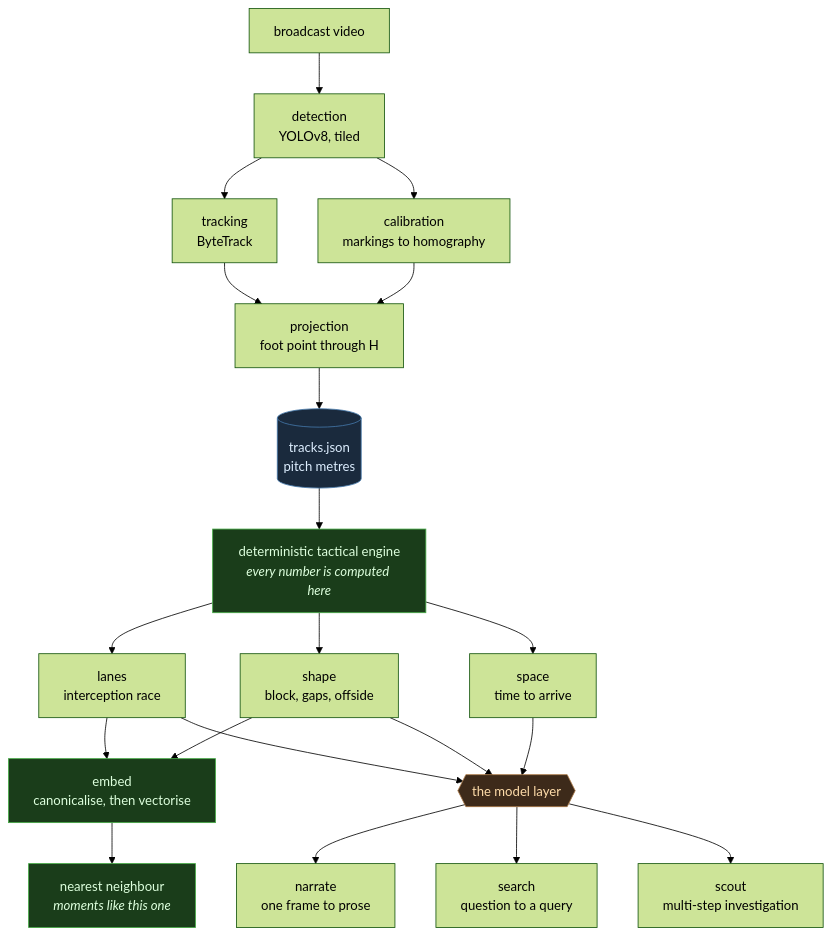
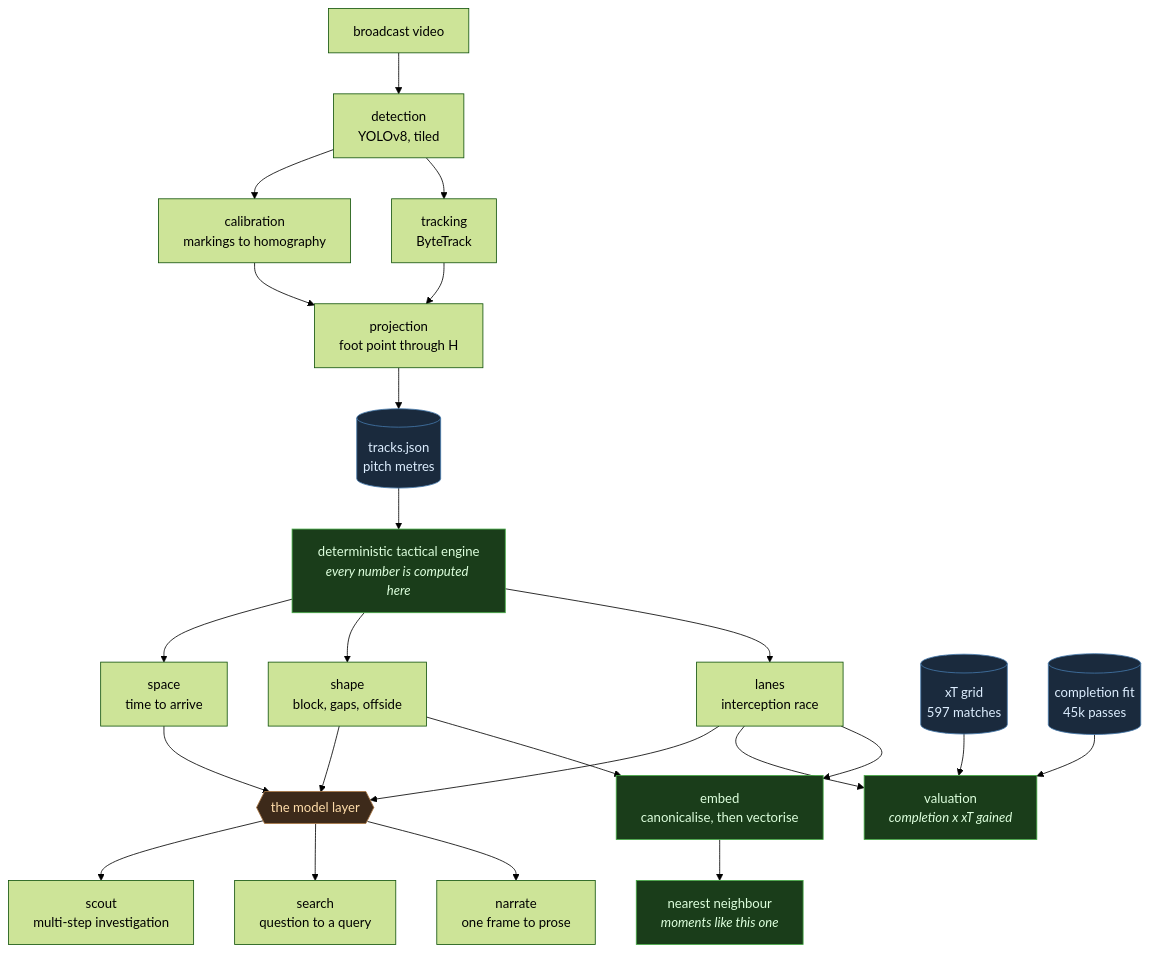
One commit to KasraSedghi/FootballVisual changed the first of 2 diagrams in README.md. Above: the diagram before and after it, drawn with Mermaid (forest theme). The commit also changed other lines of this file and 16 other files, not shown here.

````diff
--- a/README.md
+++ b/README.md
@@ -12,33 +12,40 @@
 ```mermaid
 flowchart TB
     V["broadcast video"] --> D["detection<br/>YOLOv8, tiled"]
     D --> T["tracking<br/>ByteTrack"]
     D --> C["calibration<br/>markings to homography"]
     T --> P["projection<br/>foot point through H"]
     C --> P
     P --> J[("tracks.json<br/>pitch metres")]
 
     J --> E["deterministic tactical engine<br/><i>every number is computed here</i>"]
 
     E --> L["lanes<br/>interception race"]
     E --> S["shape<br/>block, gaps, offside"]
     E --> SP["space<br/>time to arrive"]
 
     L --> EM["embed<br/>canonicalise, then vectorise"]
     S --> EM
     EM --> NN["nearest neighbour<br/><i>moments like this one</i>"]
 
+    XT[("xT grid<br/>597 matches")] --> VAL
+    PC[("completion fit<br/>45k passes")] --> VAL
+    L --> VAL["valuation<br/><i>completion x xT gained</i>"]
+
     L --> API{{"the model layer"}}
     S --> API
     SP --> API
 
     API --> A1["narrate<br/>one frame to prose"]
     API --> A2["search<br/>question to a query"]
     API --> A3["scout<br/>multi-step investigation"]
 
     style E fill:#1a3d1a,stroke:#4a4,color:#dfd
     style EM fill:#1a3d1a,stroke:#4a4,color:#dfd
     style NN fill:#1a3d1a,stroke:#4a4,color:#dfd
+    style VAL fill:#1a3d1a,stroke:#4a4,color:#dfd
+    style XT fill:#1a2a3d,stroke:#47a,color:#def
+    style PC fill:#1a2a3d,stroke:#47a,color:#def
     style API fill:#3d2a1a,stroke:#a74,color:#fda
     style J fill:#1a2a3d,stroke:#47a,color:#def
 ```
````
